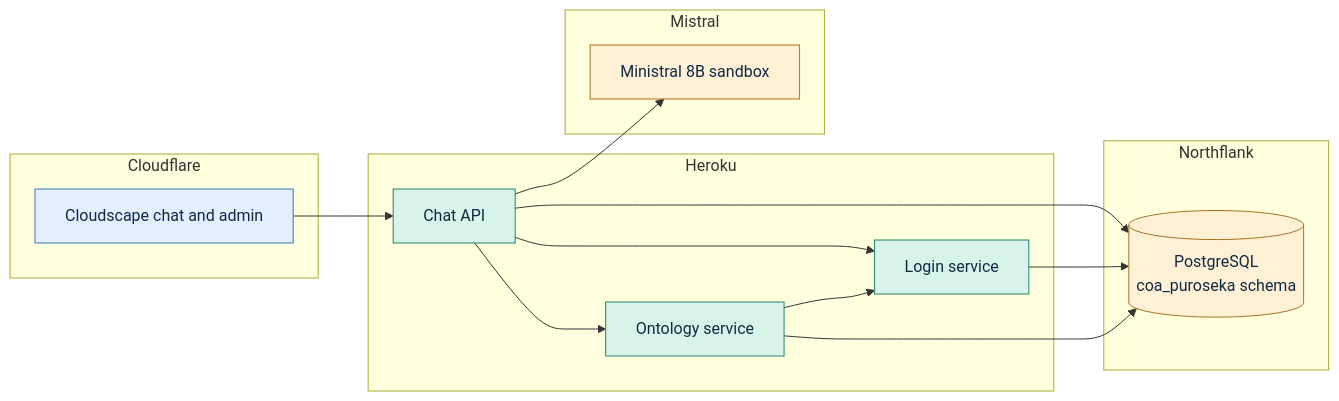
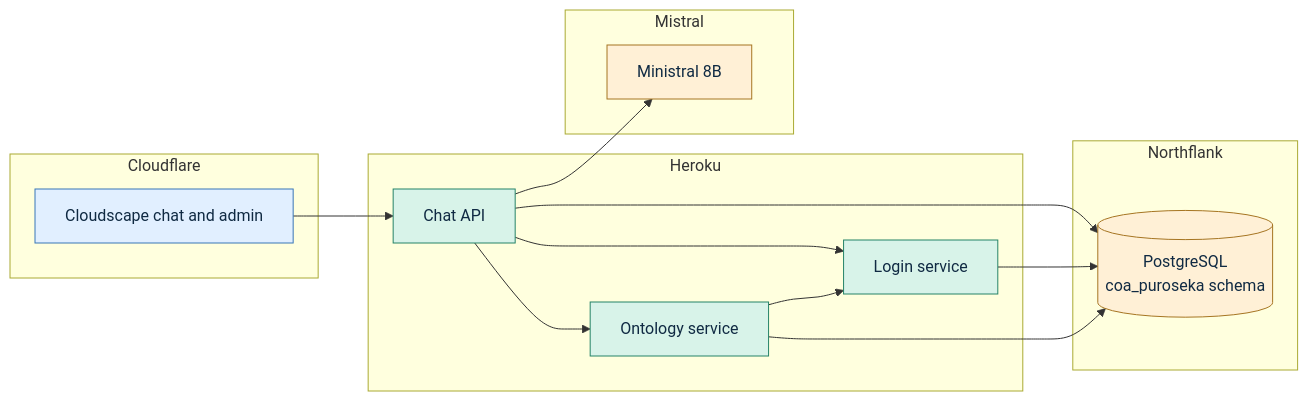
One commit to 02loveslollipop/coa-puroseka-heroku changed the diagram in README.md. Above: the diagram before and after it, drawn with Mermaid.

Commit message:
Update README to simplify model name in flowchart

````diff
--- a/README.md
+++ b/README.md
@@ -59,31 +59,31 @@
 ```mermaid
 flowchart LR
     subgraph Cloudflare
         UI[Cloudscape chat and admin]
     end
     subgraph Heroku
         Chat[Chat API]
         Login[Login service]
         Ontology[Ontology service]
     end
     subgraph Northflank
         DB[(PostgreSQL<br/>coa_puroseka schema)]
     end
     subgraph Mistral
-        Model[Ministral 8B sandbox]
+        Model[Ministral 8B]
     end
     UI --> Chat
     Chat --> Login
     Chat --> Ontology
     Chat --> Model
     Ontology --> Login
     Chat --> DB
     Login --> DB
     Ontology --> DB
     classDef frontend fill:#e1efff,stroke:#3976b7,color:#102a43
     classDef service fill:#d8f3e9,stroke:#258368,color:#102a43
     classDef store fill:#fff0d6,stroke:#a67522,color:#102a43
     class UI frontend
     class Chat,Login,Ontology service
     class DB,Model store
 ```
````
